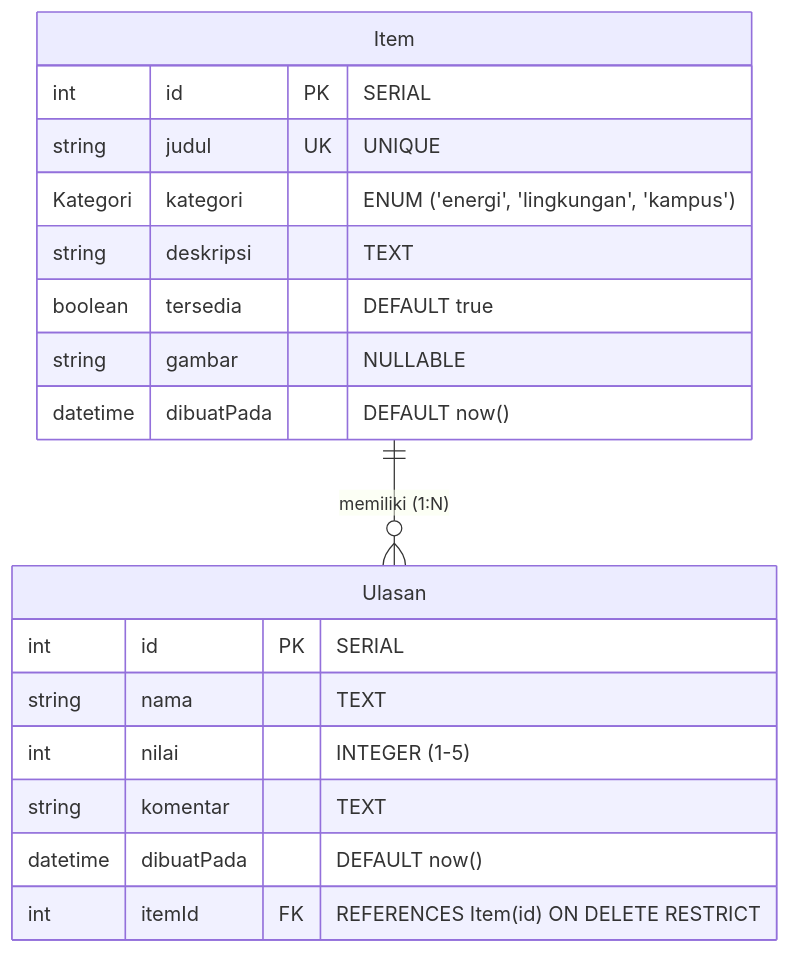
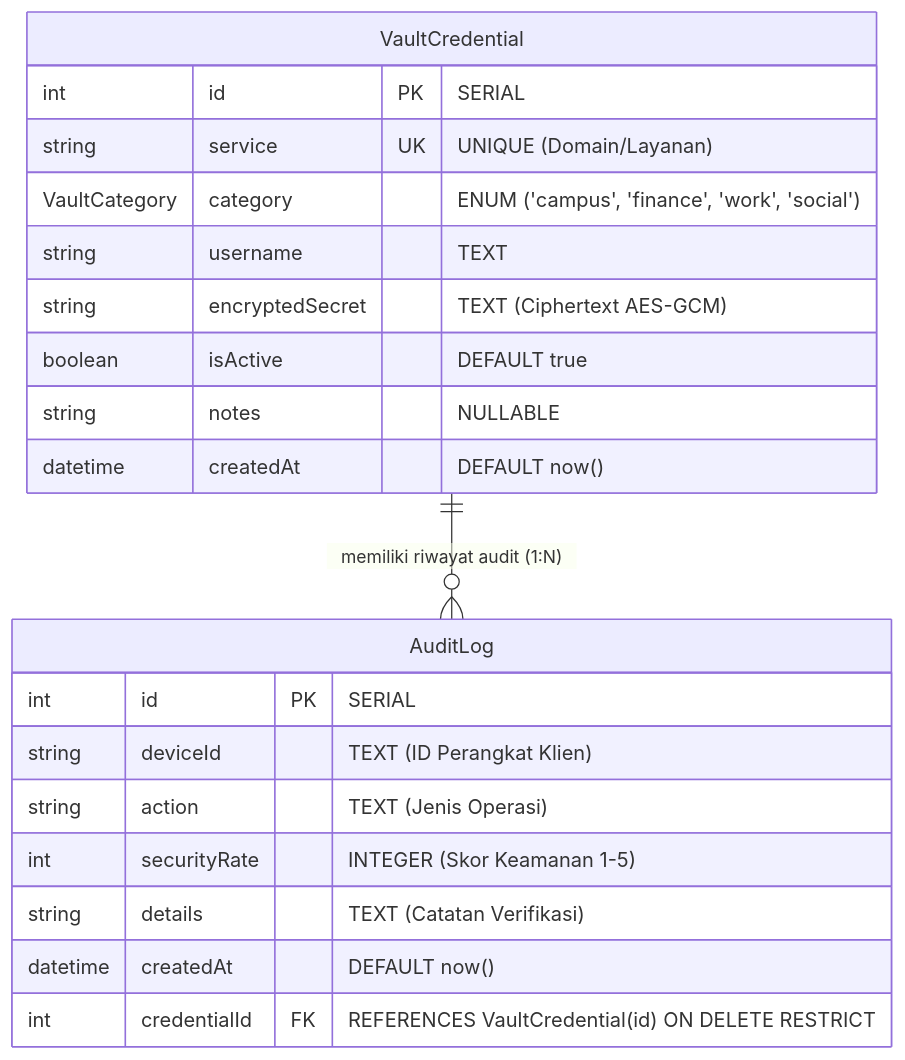
One commit to GionaldoCandr/web-password-stealth-vault changed the diagram in docs/praktikum/modul-06.md. Above: the diagram before and after it, drawn with Mermaid. The commit also changed other lines of this file and 33 other files, not shown here.

Commit message:
refactor(docs): sesuaikan Dokumen Teknis Modul 6 ke domain produk Stealth Password Vault

````diff
--- a/docs/praktikum/modul-06.md
+++ b/docs/praktikum/modul-06.md
@@ -16,21 +18,23 @@
 ```mermaid
 erDiagram
-    Item ||--o{ Ulasan : "memiliki (1:N)"
-    Item {
+    VaultCredential ||--o{ AuditLog : "memiliki riwayat audit (1:N)"
+    VaultCredential {
         int id PK "SERIAL"
-        string judul UK "UNIQUE"
-        Kategori kategori "ENUM ('energi', 'lingkungan', 'kampus')"
-        string deskripsi "TEXT"
-        boolean tersedia "DEFAULT true"
-        string gambar "NULLABLE"
-        datetime dibuatPada "DEFAULT now()"
+        string service UK "UNIQUE (Domain/Layanan)"
+        VaultCategory category "ENUM ('campus', 'finance', 'work', 'social')"
+        string username "TEXT"
+        string encryptedSecret "TEXT (Ciphertext AES-GCM)"
+        boolean isActive "DEFAULT true"
+        string notes "NULLABLE"
+        datetime createdAt "DEFAULT now()"
     }
-    Ulasan {
+    AuditLog {
         int id PK "SERIAL"
-        string nama "TEXT"
-        int nilai "INTEGER (1-5)"
-        string komentar "TEXT"
-        datetime dibuatPada "DEFAULT now()"
-        int itemId FK "REFERENCES Item(id) ON DELETE RESTRICT"
+        string deviceId "TEXT (ID Perangkat Klien)"
+        string action "TEXT (Jenis Operasi)"
+        int securityRate "INTEGER (Skor Keamanan 1-5)"
+        string details "TEXT (Catatan Verifikasi)"
+        datetime createdAt "DEFAULT now()"
+        int credentialId FK "REFERENCES VaultCredential(id) ON DELETE RESTRICT"
     }
 ```
````
